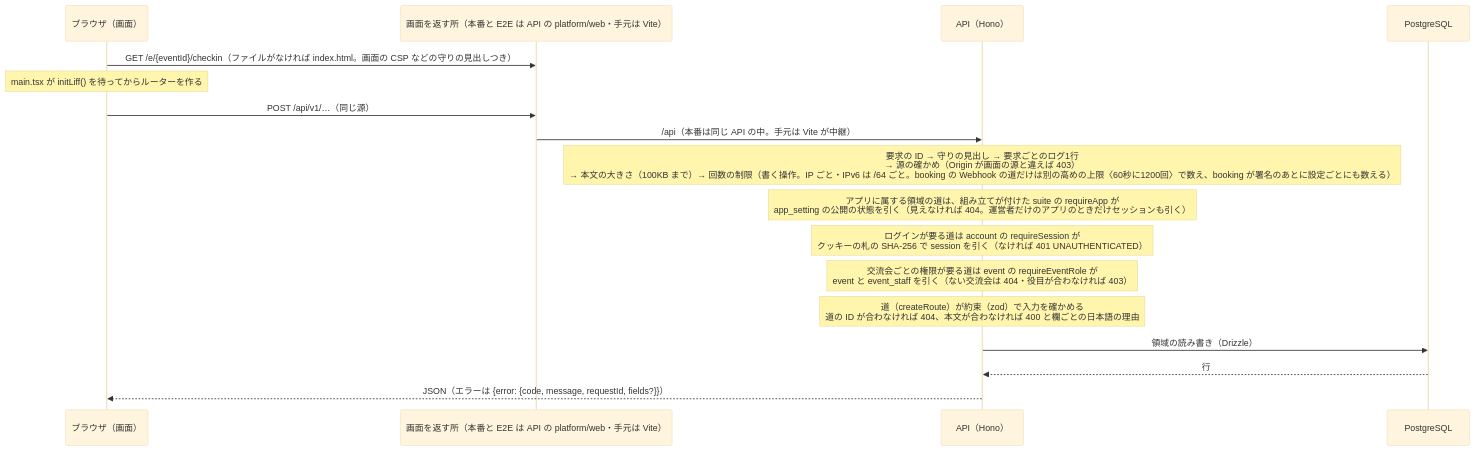
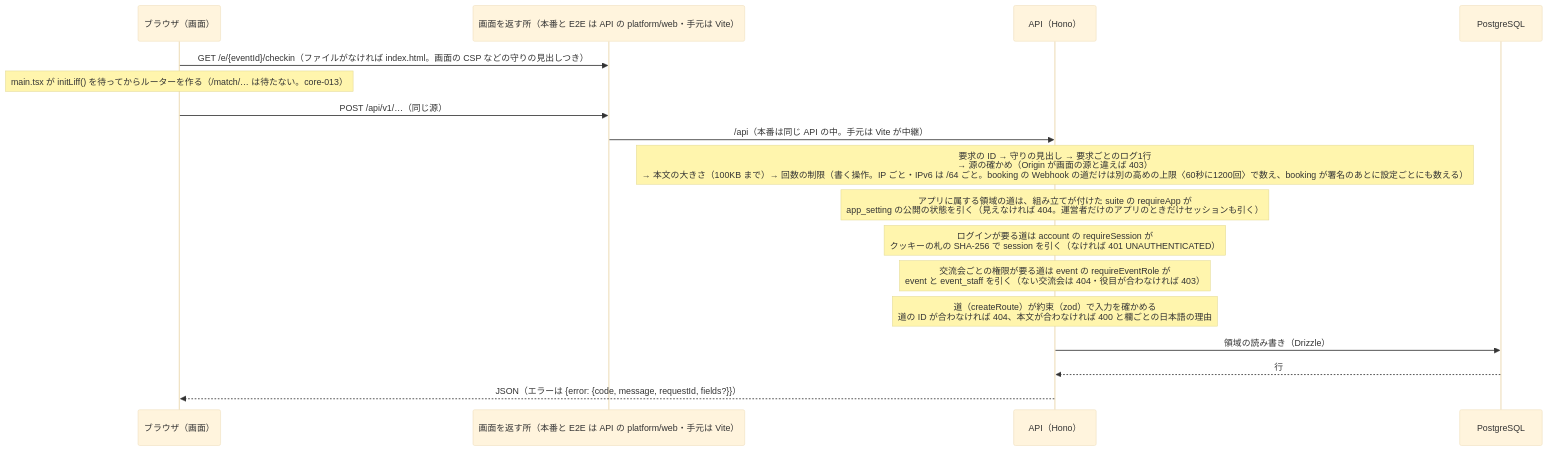
Before and after one commit to takumi-okuya-dev/kanaeru-apps: the third of 3 diagrams in docs/architecture.md, drawn with Mermaid (base theme). The commit also changed other lines of this file and 6 other files, not shown here.

First line of the commit message:
feat(core-013): 試合表の道（/match/…）は LIFF を始めずにルーターを作る

````diff
--- a/docs/architecture.md
+++ b/docs/architecture.md
@@ -123,19 +123,19 @@
 ```mermaid
 sequenceDiagram
   participant B as ブラウザ（画面）
   participant V as 画面を返す所（本番と E2E は API の platform/web・手元は Vite）
   participant A as API（Hono）
   participant D as PostgreSQL
   B->>V: GET /e/{eventId}/checkin（ファイルがなければ index.html。画面の CSP などの守りの見出しつき）
-  Note over B: main.tsx が initLiff() を待ってからルーターを作る
+  Note over B: main.tsx が initLiff() を待ってからルーターを作る（/match/… は待たない。core-013）
   B->>V: POST /api/v1/…（同じ源）
   V->>A: /api（本番は同じ API の中。手元は Vite が中継）
   Note over A: 要求の ID → 守りの見出し → 要求ごとのログ1行<br/>→ 源の確かめ（Origin が画面の源と違えば 403）<br/>→ 本文の大きさ（100KB まで）→ 回数の制限（書く操作。IP ごと・IPv6 は /64 ごと。booking の Webhook の道だけは別の高めの上限〈60秒に1200回〉で数え、booking が署名のあとに設定ごとにも数える）
   Note over A: アプリに属する領域の道は、組み立てが付けた suite の requireApp が<br/>app_setting の公開の状態を引く（見えなければ 404。運営者だけのアプリのときだけセッションも引く）
   Note over A: ログインが要る道は account の requireSession が<br/>クッキーの札の SHA-256 で session を引く（なければ 401 UNAUTHENTICATED）
   Note over A: 交流会ごとの権限が要る道は event の requireEventRole が<br/>event と event_staff を引く（ない交流会は 404・役目が合わなければ 403）
   Note over A: 道（createRoute）が約束（zod）で入力を確かめる<br/>道の ID が合わなければ 404、本文が合わなければ 400 と欄ごとの日本語の理由
   A->>D: 領域の読み書き（Drizzle）
   D-->>A: 行
   A-->>B: JSON（エラーは {error: {code, message, requestId, fields?}}）
 ```
````
